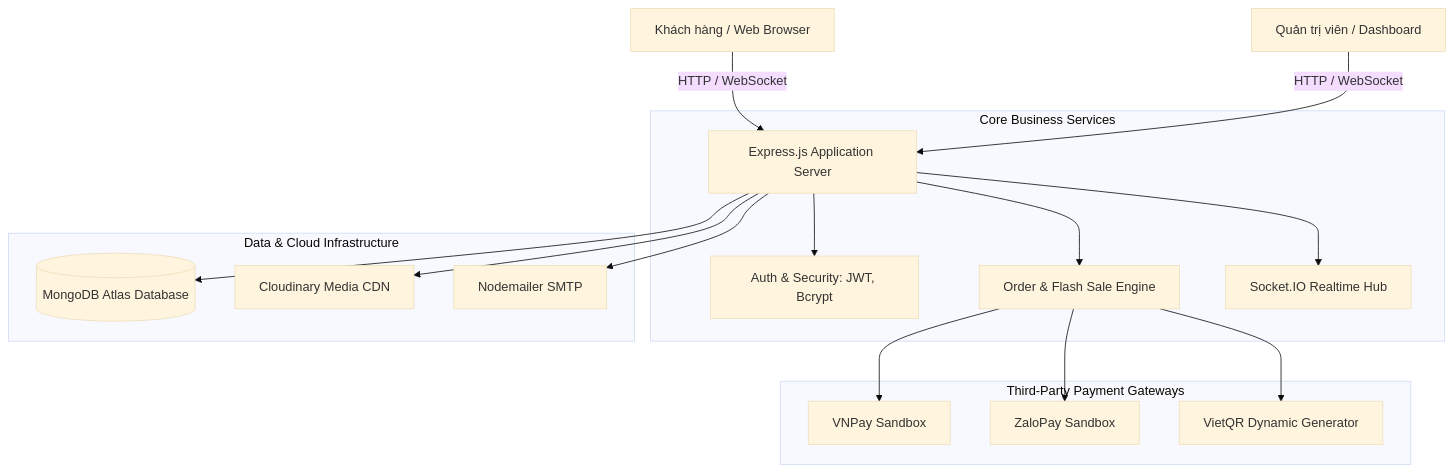
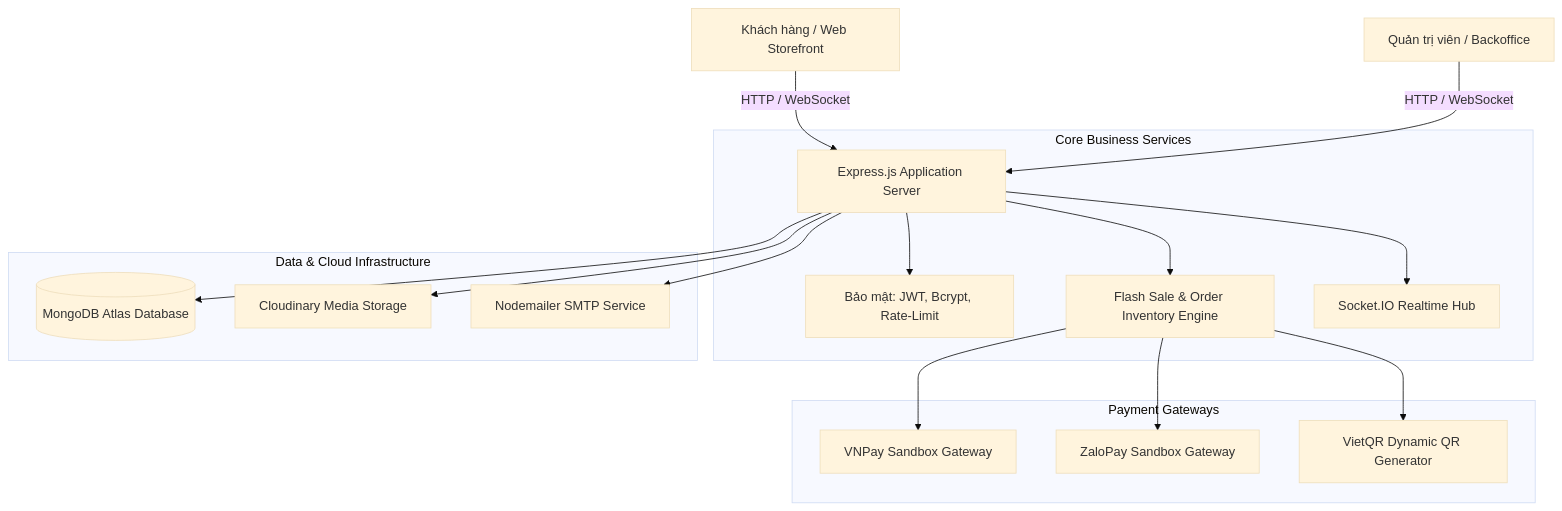
The diagram in README.md (PhanVuLinh/website_DoTheThao), drawn with Mermaid (base theme) before and after one commit. The commit also changed other lines of this file, not shown here.

````diff
--- a/README.md
+++ b/README.md
@@ -94,23 +105,23 @@
 ```mermaid
 graph TD
-    Client[Khách hàng / Web Browser] -->|HTTP / WebSocket| App[Express.js Application Server]
-    Admin[Quản trị viên / Dashboard] -->|HTTP / WebSocket| App
+    UserClient[Khách hàng / Web Storefront] -->|HTTP / WebSocket| Server[Express.js Application Server]
+    UserAdmin[Quản trị viên / Backoffice] -->|HTTP / WebSocket| Server
 
     subgraph "Core Business Services"
-        App --> Auth[Auth & Security: JWT, Bcrypt]
-        App --> OrderEngine[Order & Flash Sale Engine]
-        App --> SocketService[Socket.IO Realtime Hub]
+        Server --> AuthEngine[Bảo mật: JWT, Bcrypt, Rate-Limit]
+        Server --> SaleEngine[Flash Sale & Order Inventory Engine]
+        Server --> SocketHub[Socket.IO Realtime Hub]
     end
 
     subgraph "Data & Cloud Infrastructure"
-        App --> DB[(MongoDB Atlas Database)]
-        App --> Cloudinary[Cloudinary Media CDN]
-        App --> MailService[Nodemailer SMTP]
+        Server --> MongoAtlas[(MongoDB Atlas Database)]
+        Server --> CloudinaryCDN[Cloudinary Media Storage]
+        Server --> MailService[Nodemailer SMTP Service]
     end
 
-    subgraph "Third-Party Payment Gateways"
-        OrderEngine --> VNPay[VNPay Sandbox]
-        OrderEngine --> ZaloPay[ZaloPay Sandbox]
-        OrderEngine --> VietQR[VietQR Dynamic Generator]
+    subgraph "Payment Gateways"
+        SaleEngine --> VNPay[VNPay Sandbox Gateway]
+        SaleEngine --> ZaloPay[ZaloPay Sandbox Gateway]
+        SaleEngine --> VietQR[VietQR Dynamic QR Generator]
     end
 ```
````
